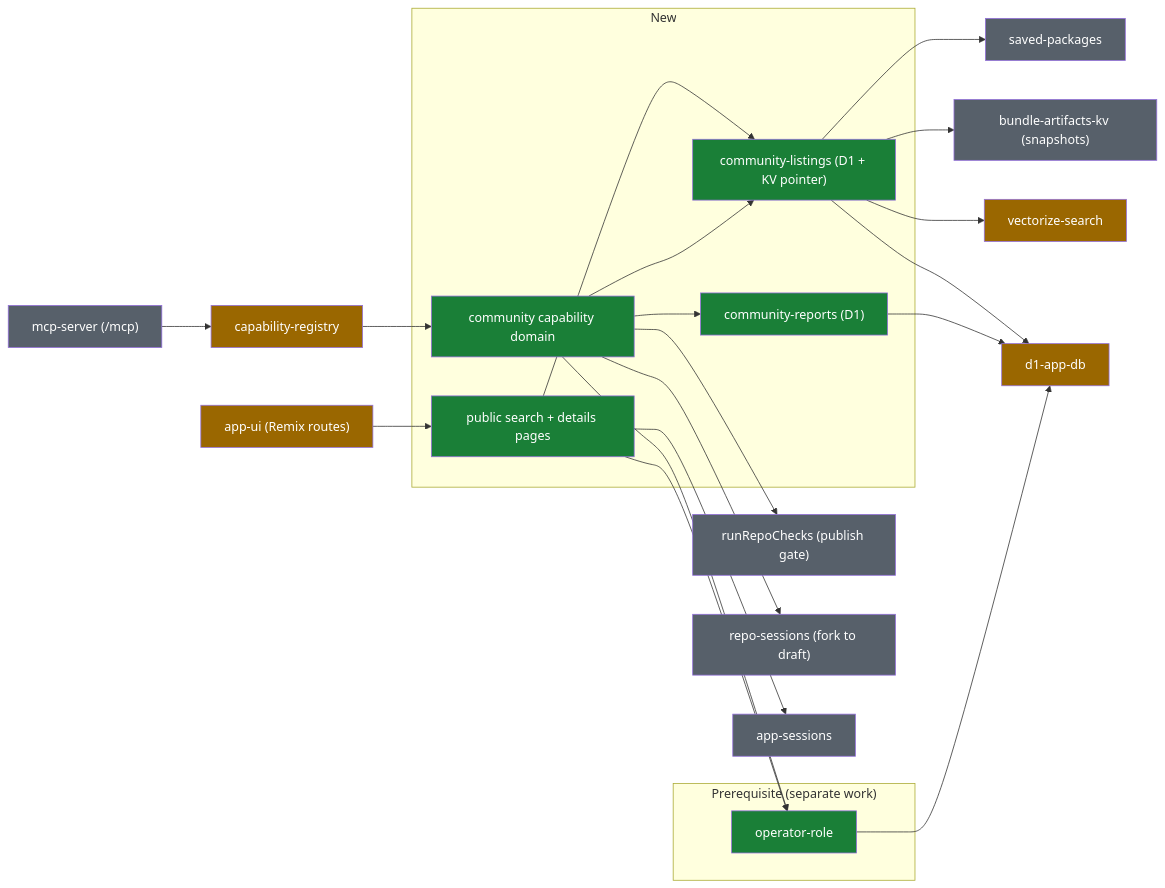
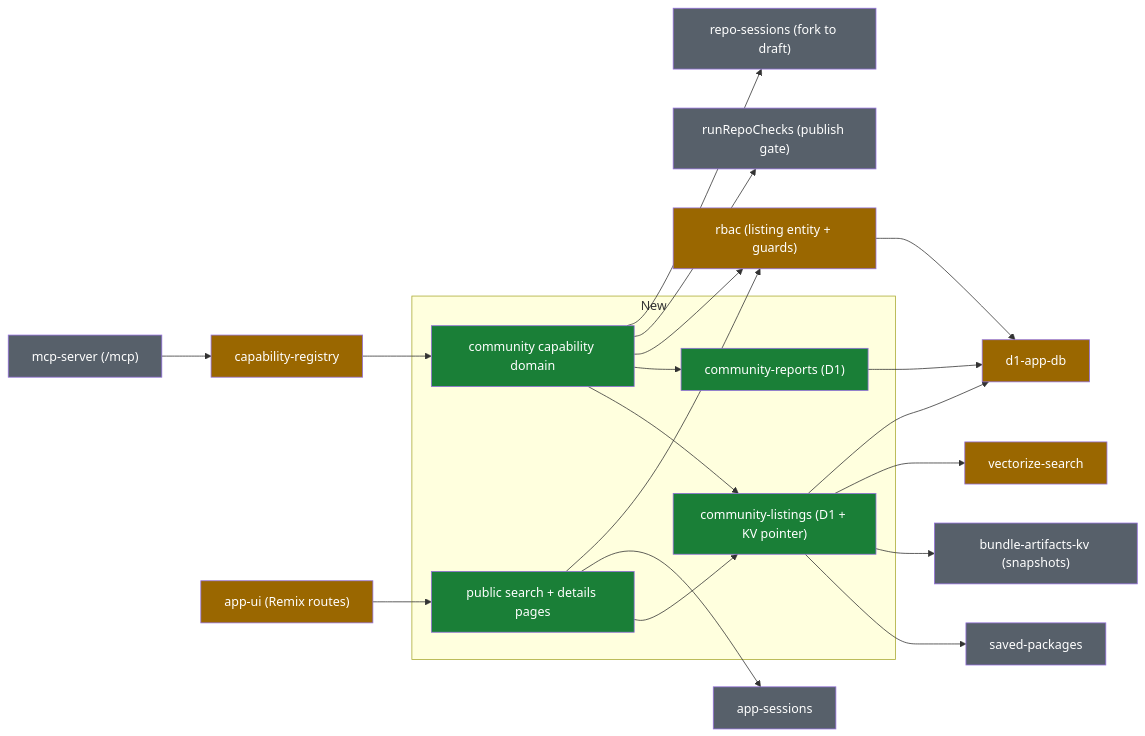
The fourth of 4 diagrams in docs/contributing/architecture/community-package-registry.md (kentcdodds/kody), drawn with Mermaid before and after one commit. The commit also changed other lines of this file, not shown here.

Commit message:
docs: consume shipped RBAC primitive for registry operator authority

````diff
--- a/docs/contributing/architecture/community-package-registry.md
+++ b/docs/contributing/architecture/community-package-registry.md
@@ -338,43 +356,41 @@
 ```mermaid
 flowchart LR
-	subgraph prereq["Prerequisite (separate work)"]
-		operatorRole["operator-role"]:::added
-	end
 	subgraph new["New"]
 		communityListings["community-listings (D1 + KV pointer)"]:::added
 		reports["community-reports (D1)"]:::added
 		communityDomain["community capability domain"]:::added
 		publicPages["public search + details pages"]:::added
 	end
 	savedPackages["saved-packages"]:::untouched
 	bundleKv["bundle-artifacts-kv (snapshots)"]:::untouched
 	repoChecks["runRepoChecks (publish gate)"]:::untouched
 	repoSessions["repo-sessions (fork to draft)"]:::untouched
+	rbac["rbac (listing entity + guards)"]:::extended
 	vectorize["vectorize-search"]:::extended
 	registry["capability-registry"]:::extended
 	appUi["app-ui (Remix routes)"]:::extended
 	appSessions["app-sessions"]:::untouched
 	mcpServer["mcp-server (/mcp)"]:::untouched
 	d1["d1-app-db"]:::extended
 
 	mcpServer --> registry --> communityDomain
 	appUi --> publicPages
 	publicPages --> communityListings
 	publicPages --> appSessions
 	communityDomain --> communityListings
 	communityDomain --> reports
-	communityDomain --> operatorRole
-	publicPages --> operatorRole
+	communityDomain --> rbac
+	publicPages --> rbac
 	communityListings --> savedPackages
 	communityListings --> bundleKv
 	communityDomain --> repoChecks
 	communityDomain --> repoSessions
 	communityListings --> vectorize
 	communityListings --> d1
 	reports --> d1
-	operatorRole --> d1
+	rbac --> d1
 
 	classDef added fill:#1a7f37,color:#fff
 	classDef extended fill:#9a6700,color:#fff
 	classDef untouched fill:#57606a,color:#fff
 ```
````
